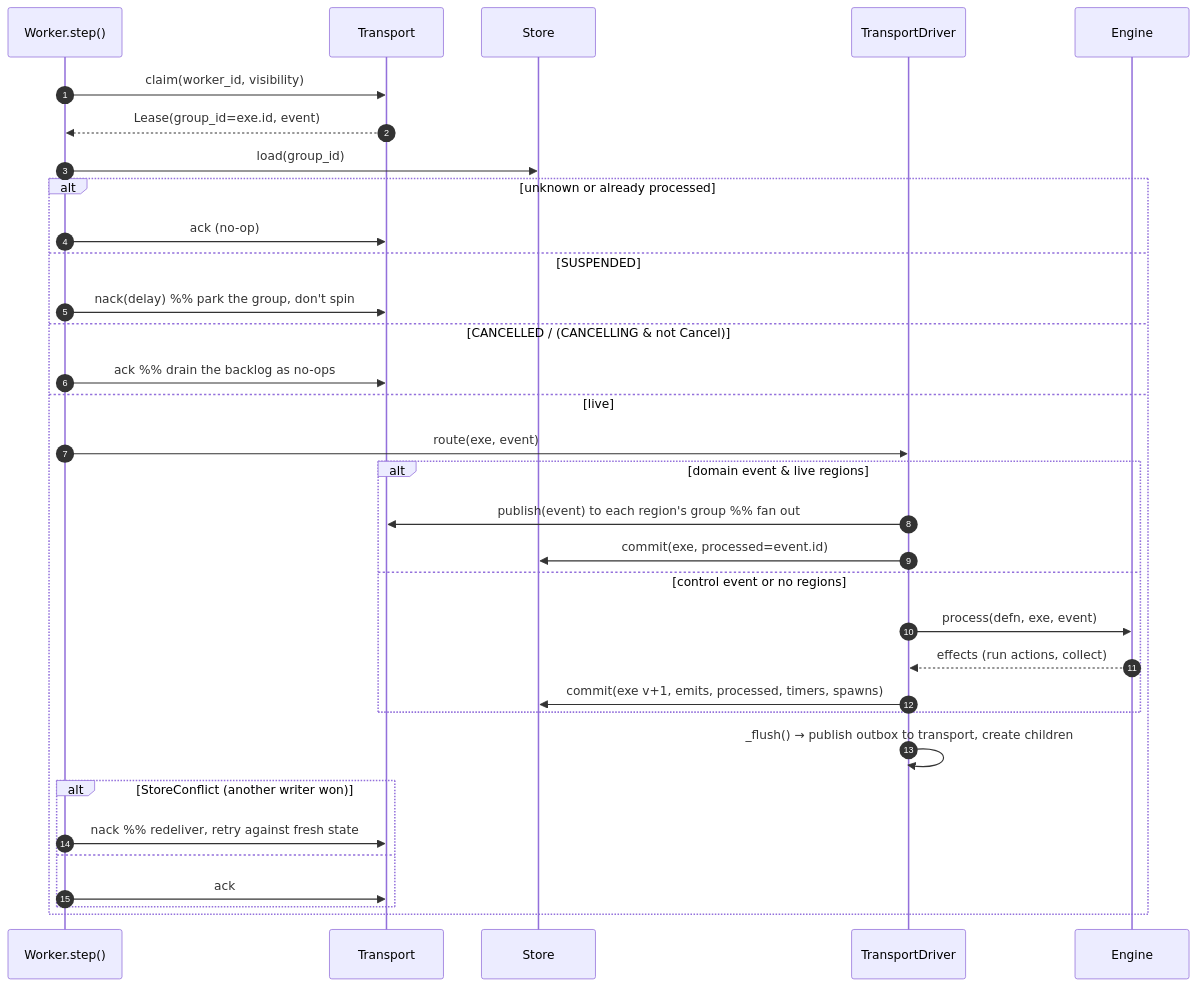
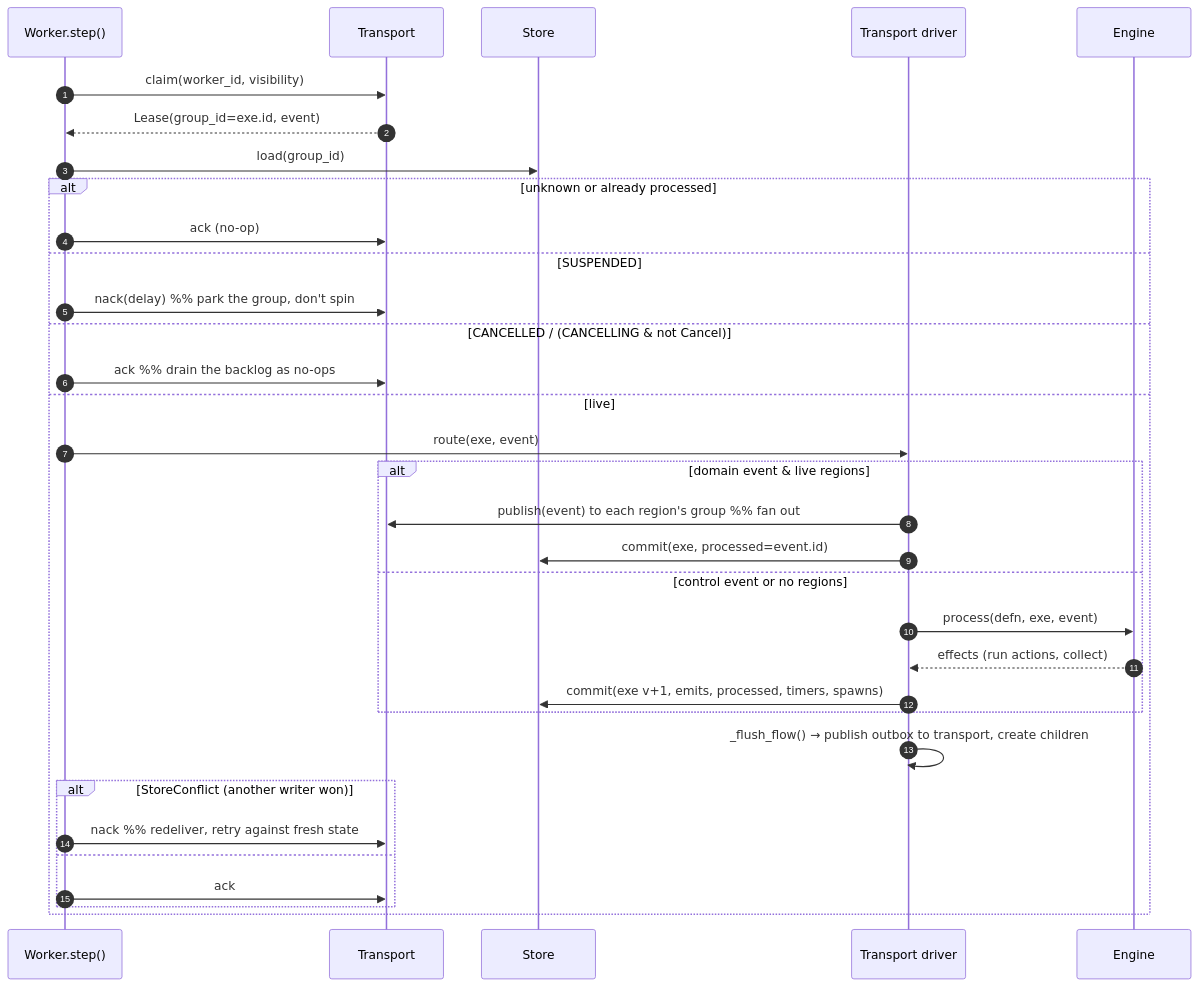
One commit to acasadom/harel changed the sixth of 6 diagrams in docs/guide/architecture.md. Above: the diagram before and after it, drawn with Mermaid. The commit also changed other lines of this file and 7 other files, not shown here.

First line of the commit message:
docs: the execution models with sequence diagrams; the guides describe the driver as flows

````diff
--- a/docs/guide/architecture.md
+++ b/docs/guide/architecture.md
@@ -405,36 +413,36 @@
 ```{mermaid}
 sequenceDiagram
   autonumber
   participant W as Worker.step()
   participant T as Transport
   participant S as Store
-  participant TD as TransportDriver
+  participant TD as Transport driver
   participant E as Engine
 
   W->>T: claim(worker_id, visibility)
   T-->>W: Lease(group_id=exe.id, event)
   W->>S: load(group_id)
   alt unknown or already processed
     W->>T: ack (no-op)
   else SUSPENDED
     W->>T: nack(delay)   %% park the group, don't spin
   else CANCELLED / (CANCELLING & not Cancel)
     W->>T: ack   %% drain the backlog as no-ops
   else live
     W->>TD: route(exe, event)
     alt domain event & live regions
       TD->>T: publish(event) to each region's group   %% fan out
       TD->>S: commit(exe, processed=event.id)
     else control event or no regions
       TD->>E: process(defn, exe, event)
       E-->>TD: effects (run actions, collect)
       TD->>S: commit(exe v+1, emits, processed, timers, spawns)
     end
-    TD->>TD: _flush() → publish outbox to transport, create children
+    TD->>TD: _flush_flow() → publish outbox to transport, create children
     alt StoreConflict (another writer won)
       W->>T: nack   %% redeliver, retry against fresh state
     else
       W->>T: ack
     end
   end
 ```
````
